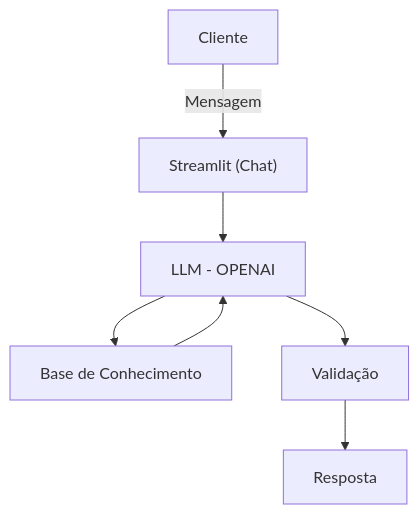
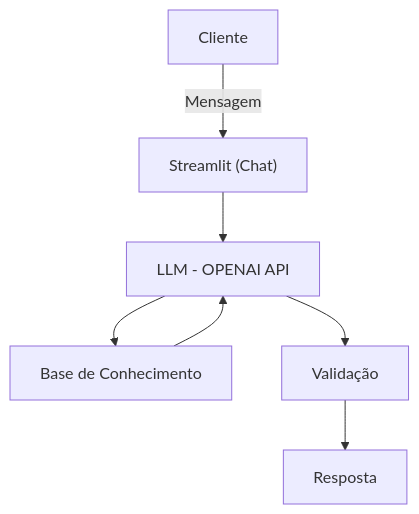
Before and after one commit to ademarbarreto/dio-lab-bia-do-futuro: the diagram in README.md, drawn with Mermaid. The commit also changed other lines of this file and 1 other file, not shown here.

````diff
--- a/README.md
+++ b/README.md
@@ -60,9 +63,9 @@
 ```mermaid
 flowchart TD
     A[Cliente] -->|Mensagem| B["Streamlit (Chat)"]
-    B --> C[LLM - OPENAI]
+    B --> C[LLM - OPENAI API]
     C --> D[Base de Conhecimento]
     D --> C
     C --> E[Validação]
     E --> F[Resposta]
 ```
````
